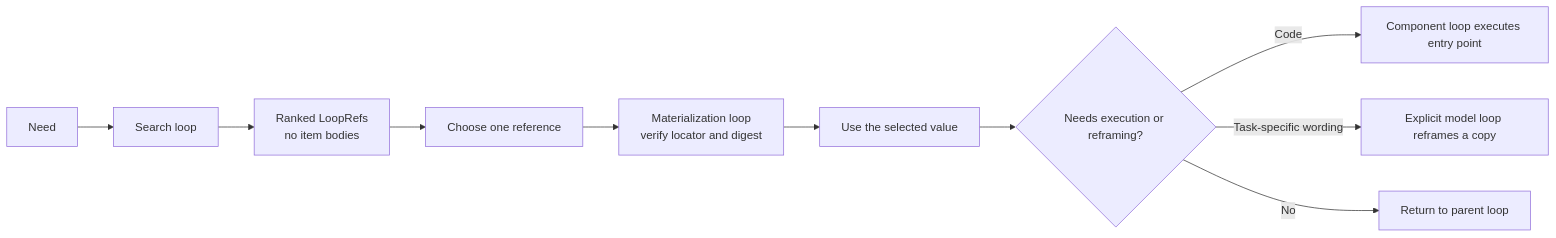
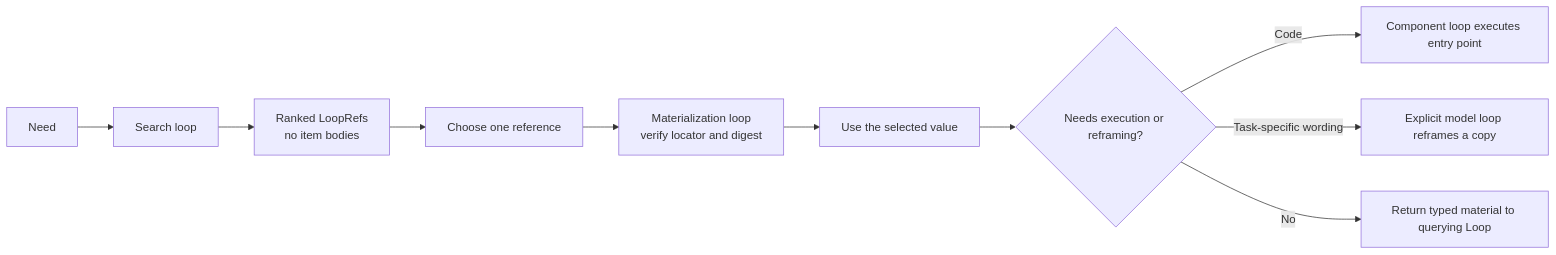
Before and after one commit to alisonjieli-png/loop-engine: the diagram in docs/components/intelligence-layers/INTELLIGENCE-AS-LOOPS.md, drawn with Mermaid. The commit also changed other lines of this file and 448 other files, not shown here.

Commit message:
checkpoint: consolidate Loop Engine architecture and evidence

````diff
--- a/docs/components/intelligence-layers/INTELLIGENCE-AS-LOOPS.md
+++ b/docs/components/intelligence-layers/INTELLIGENCE-AS-LOOPS.md
@@ -10,12 +10,12 @@
 ```mermaid
 flowchart LR
     N[Need] --> S[Search loop]
     S --> R[Ranked LoopRefs<br/>no item bodies]
     R --> C[Choose one reference]
     C --> M[Materialization loop<br/>verify locator and digest]
     M --> U[Use the selected value]
     U --> X{Needs execution or reframing?}
     X -->|Code| E[Component loop executes entry point]
     X -->|Task-specific wording| F[Explicit model loop reframes a copy]
-    X -->|No| D[Return to parent loop]
+    X -->|No| D[Return typed material to querying Loop]
 ```
````
